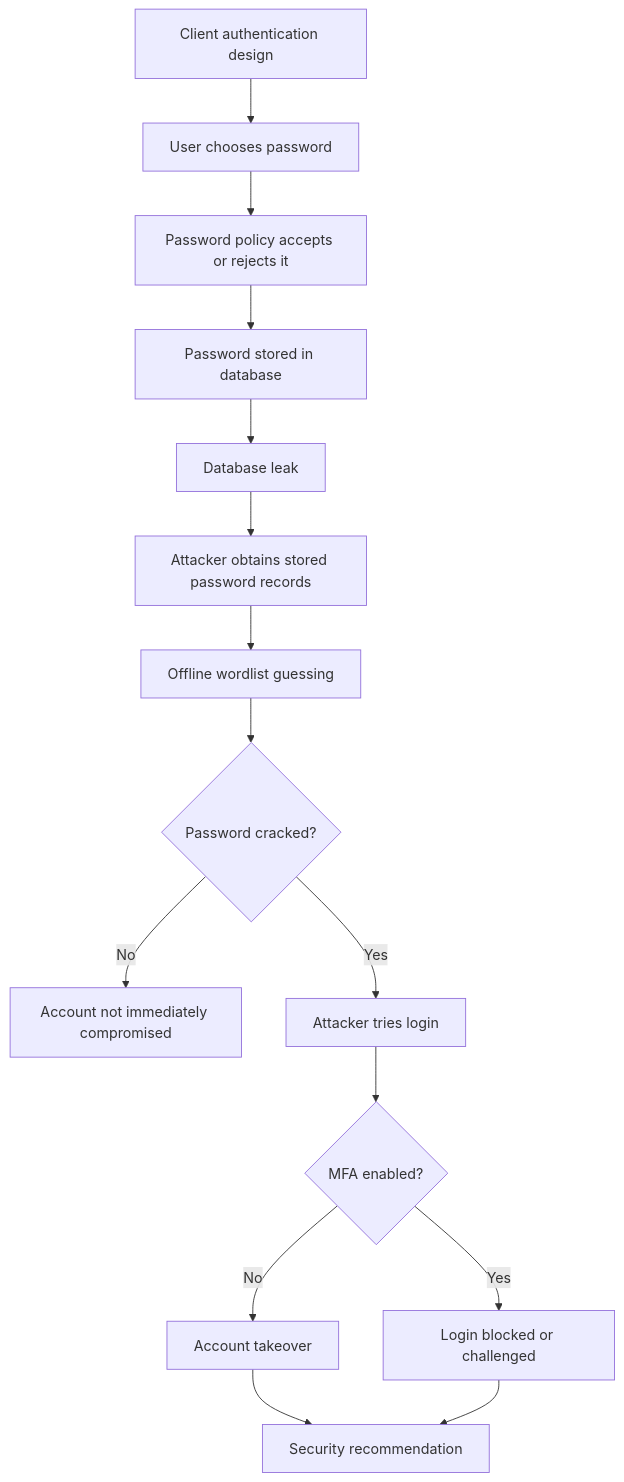
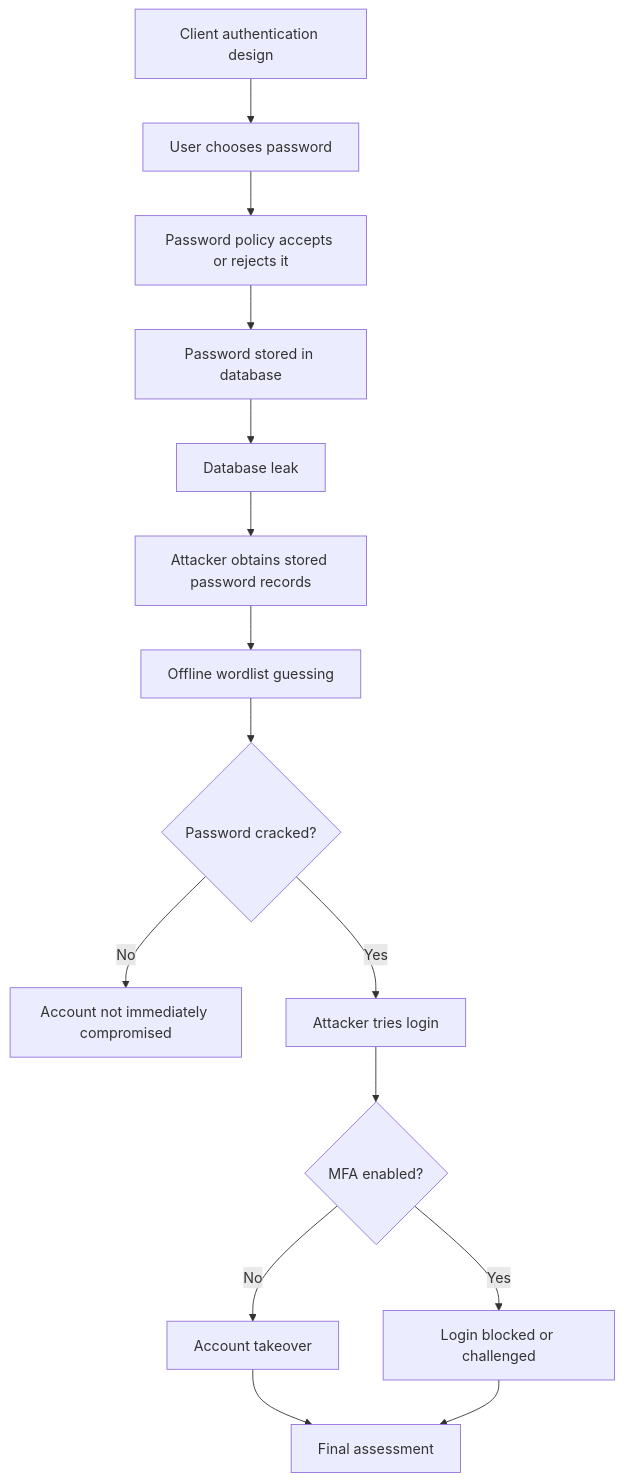
The diagram in docs/threat-model.md (shldo/password-auth-security-analysis), drawn with Mermaid before and after one commit. The commit also changed other lines of this file and 11 other files, not shown here.

````diff
--- a/docs/threat-model.md
+++ b/docs/threat-model.md
@@ -40,17 +40,17 @@
 ```mermaid
 flowchart TD
     A["Client authentication design"] --> B["User chooses password"]
     B --> C["Password policy accepts or rejects it"]
     C --> D["Password stored in database"]
     D --> E["Database leak"]
     E --> F["Attacker obtains stored password records"]
     F --> G["Offline wordlist guessing"]
     G --> H{"Password cracked?"}
     H -->|No| I["Account not immediately compromised"]
     H -->|Yes| J["Attacker tries login"]
     J --> K{"MFA enabled?"}
     K -->|No| L["Account takeover"]
     K -->|Yes| M["Login blocked or challenged"]
-    L --> N["Security recommendation"]
+    L --> N["Final assessment"]
     M --> N
 ```
````
